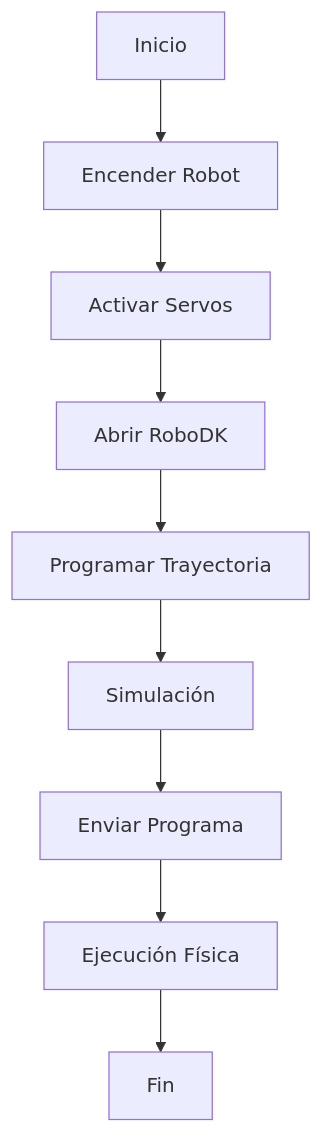
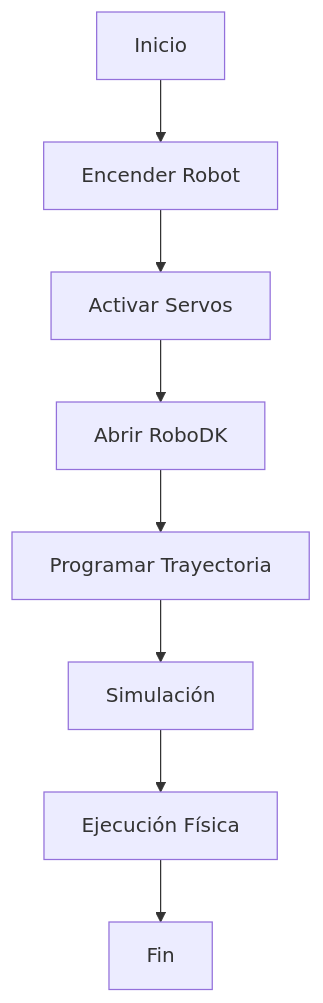
Before and after one commit to labsir-un/Robotica-2026-I-Equipo-3B-Bojaca-Morillo: the diagram in Laboratorio No. 02 - Robótica Industrial Motoman MH6 y RoboDK/README.MD, drawn with Mermaid. The commit also changed other lines of this file, not shown here.

````diff
--- a/Laboratorio No. 02 - Robótica Industrial Motoman MH6 y RoboDK/README.MD
+++ b/Laboratorio No. 02 - Robótica Industrial Motoman MH6 y RoboDK/README.MD
@@ -294,11 +153,10 @@
 ```mermaid
 flowchart TD
     A[Inicio] --> B[Encender Robot]
     B --> C[Activar Servos]
     C --> D[Abrir RoboDK]
     D --> E[Programar Trayectoria]
     E --> F[Simulación]
-    F --> G[Enviar Programa]
-    G --> H[Ejecución Física]
-    H --> I[Fin]
+    F --> G[Ejecución Física]
+    G --> H[Fin]
 ```
````
